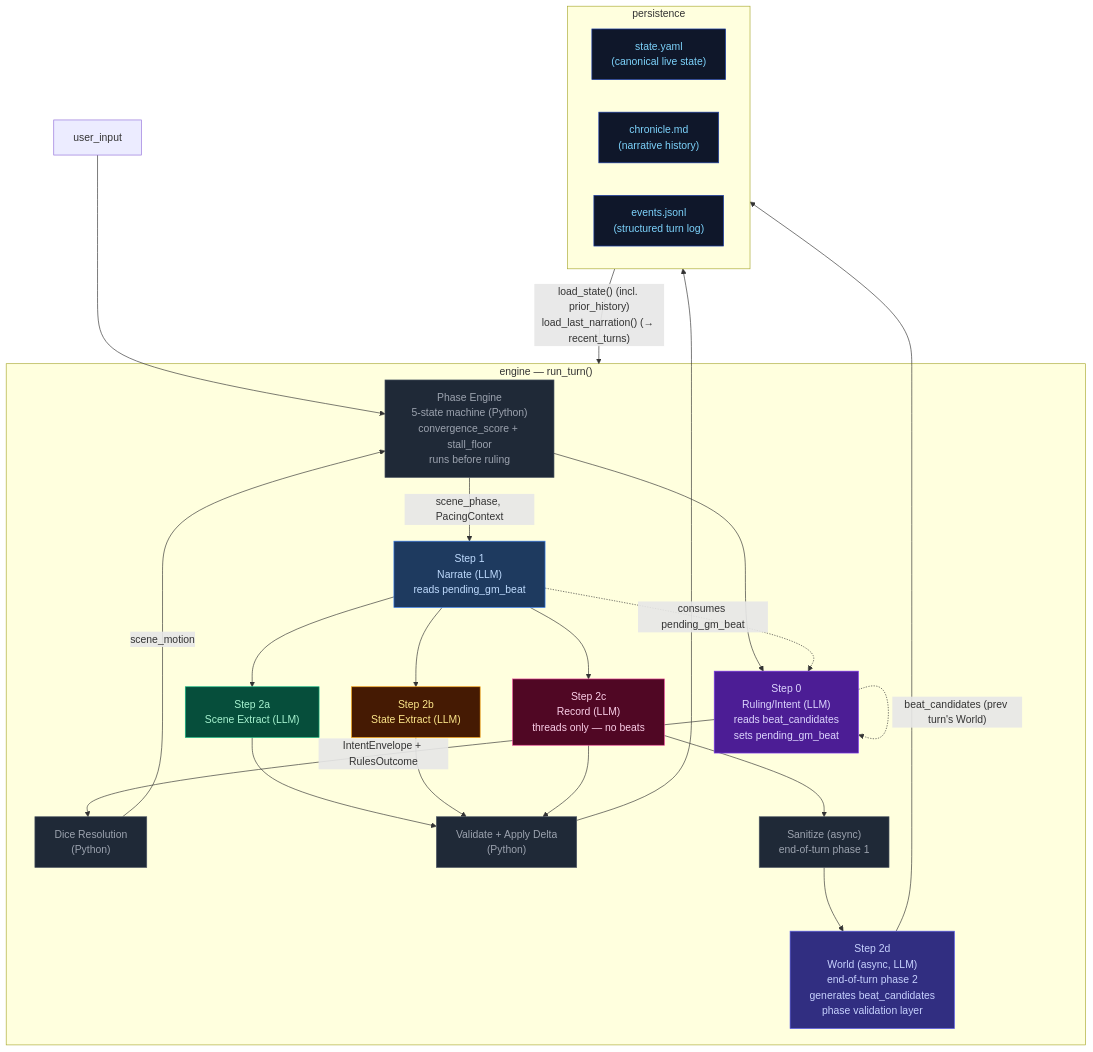
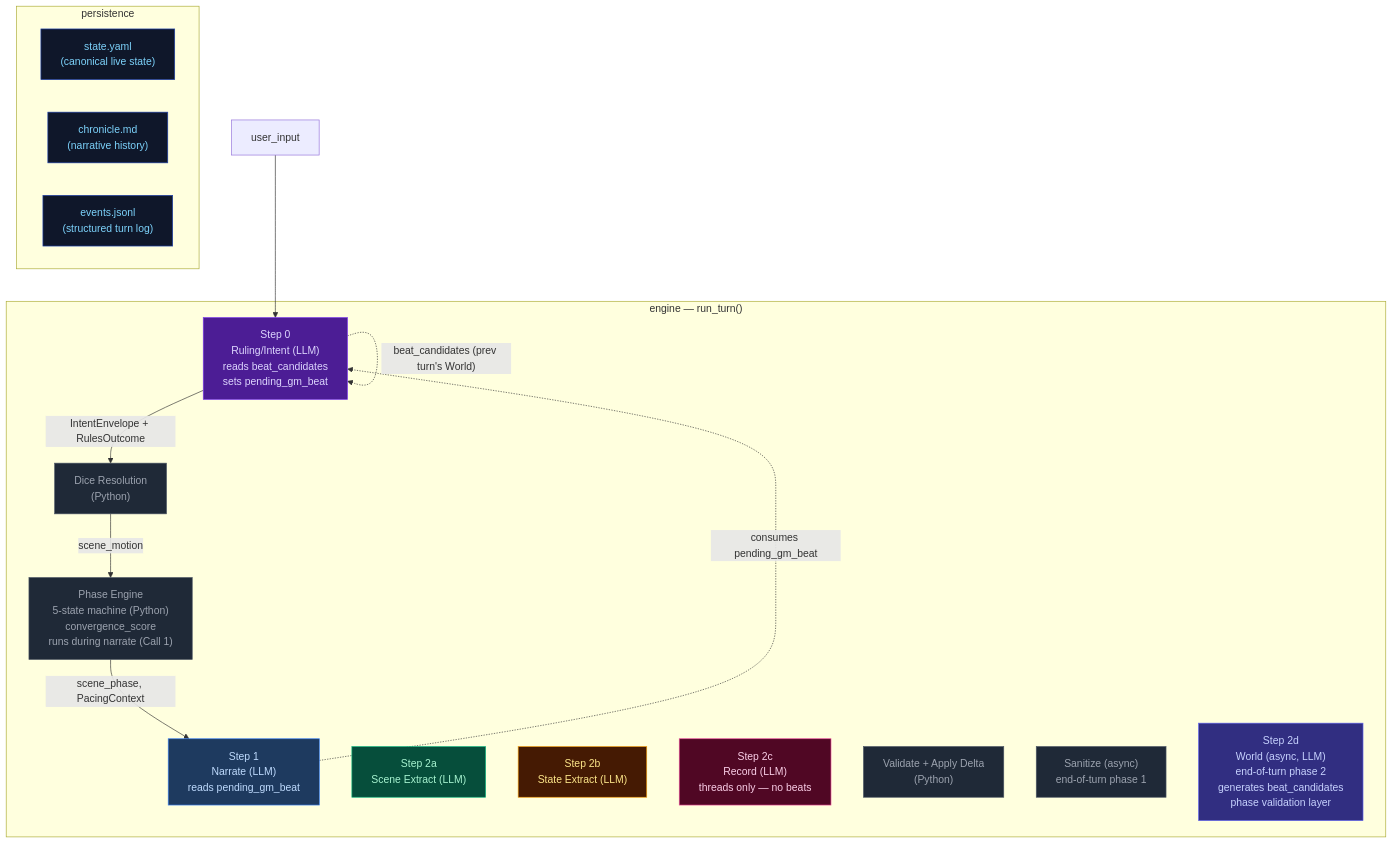
One commit to pww217/fablethread changed the diagram in docs/architecture/OVERVIEW.md. Above: the diagram before and after it, drawn with Mermaid. The commit also changed other lines of this file and 17 other files, not shown here.

First line of the commit message:
Consolidated eval findings (21) into 4 roadmap tickets + updated architecture docs

````diff
--- a/docs/architecture/OVERVIEW.md
+++ b/docs/architecture/OVERVIEW.md
@@ -11,46 +11,39 @@
 ```mermaid
 flowchart TD
     classDef stageRules    fill:#4c1d95,color:#ddd6fe,stroke:#7c3aed
     classDef stageNarrate  fill:#1e3a5f,color:#bfdbfe,stroke:#3b82f6
     classDef stageScene    fill:#064e3b,color:#a7f3d0,stroke:#10b981
     classDef stageState    fill:#451a03,color:#fde68a,stroke:#f59e0b
     classDef stageProgress fill:#500724,color:#fbcfe8,stroke:#ec4899
     classDef stageWorld    fill:#312e81,color:#c7d2fe,stroke:#6366f1
     classDef storageNode   fill:#0f172a,color:#7dd3fc,stroke:#1e40af
     classDef pyNode        fill:#1f2937,color:#9ca3af,stroke:#4b5563
 
     USER["user_input"]
 
     subgraph ENGINE["engine — run_turn()"]
-        PHASE["Phase Engine<br>5-state machine (Python)<br>convergence_score + stall_floor<br>runs before ruling"]:::pyNode
+        PHASE["Phase Engine<br>5-state machine (Python)<br>convergence_score<br>runs during narrate (Call 1)"]:::pyNode
         STEP0["Step 0<br>Ruling/Intent (LLM)<br>reads beat_candidates<br>sets pending_gm_beat"]:::stageRules
         DICE["Dice Resolution<br>(Python)"]:::pyNode
         STEP1["Step 1<br>Narrate (LLM)<br>reads pending_gm_beat"]:::stageNarrate
         STEP2A["Step 2a<br>Scene Extract (LLM)"]:::stageScene
         STEP2B["Step 2b<br>State Extract (LLM)"]:::stageState
         STEP2C["Step 2c<br>Record (LLM)<br>threads only — no beats"]:::stageProgress
         VALIDATE["Validate + Apply Delta<br>(Python)"]:::pyNode
         SANITIZE["Sanitize (async)<br>end-of-turn phase 1"]:::pyNode
         STEP2D["Step 2d<br>World (async, LLM)<br>end-of-turn phase 2<br>generates beat_candidates<br>phase validation layer"]:::stageWorld
     end
 
     subgraph PERSISTENCE["persistence"]
         STATE["state.yaml<br>(canonical live state)"]:::storageNode
         CHRONICLE["chronicle.md<br>(narrative history)"]:::storageNode
         EVENTS["events.jsonl<br>(structured turn log)"]:::storageNode
     end
 
-    USER --> PHASE
-    PHASE --> STEP0
+    USER --> STEP0
     STEP0 -- "IntentEnvelope + RulesOutcome" --> DICE
     DICE -- "scene_motion" --> PHASE
     PHASE -- "scene_phase, PacingContext" --> STEP1
-    STEP1 --> STEP2A & STEP2B & STEP2C
-    STEP2A & STEP2B & STEP2C --> VALIDATE
-    VALIDATE --> PERSISTENCE
     STEP0 -. "beat_candidates (prev turn's World)" .-> STEP0
-    PERSISTENCE -- "load_state() (incl. prior_history)<br>load_last_narration() (→ recent_turns)" --> ENGINE
     STEP1 -. "consumes pending_gm_beat" .-> STEP0
-    STEP2C --> SANITIZE --> STEP2D
-    STEP2D --> PERSISTENCE
 ```
````
